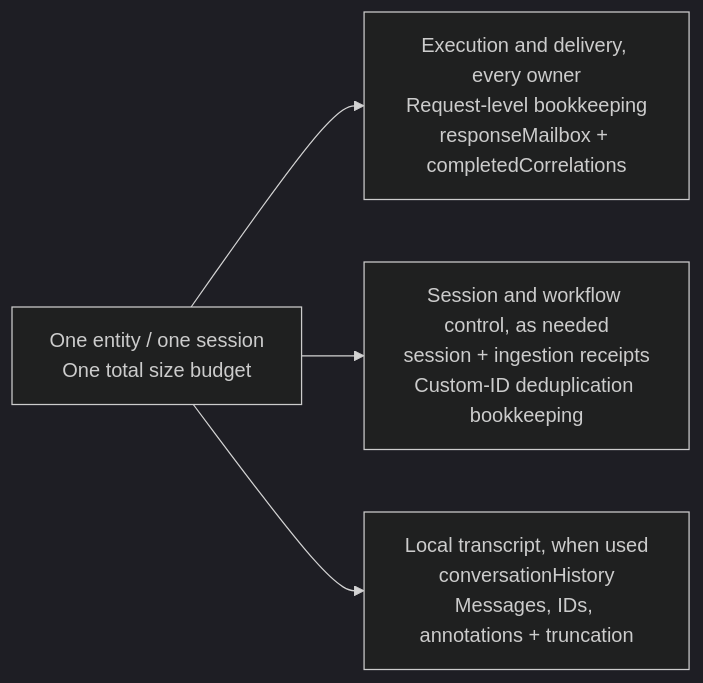
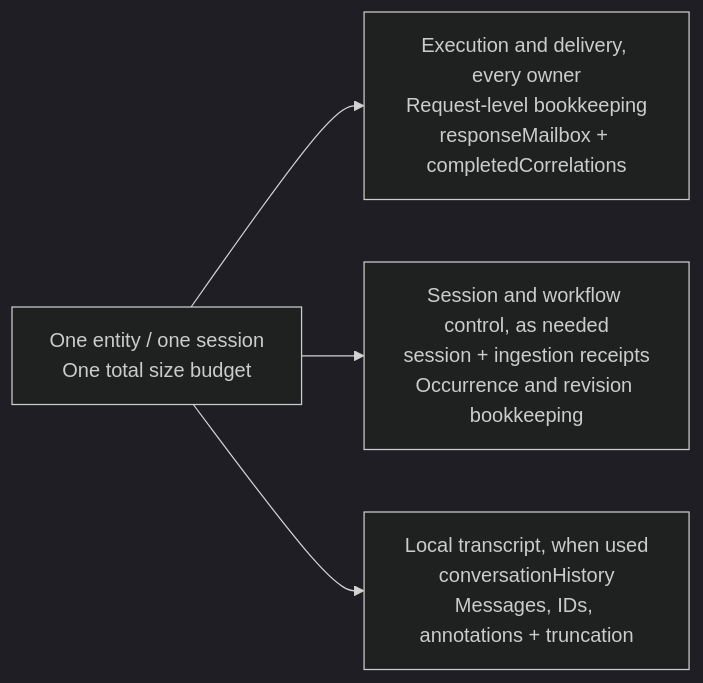
The second of 6 diagrams in docs/decisions/0032-durable-thread-compaction.md (microsoft/agent-framework-durable-extension), drawn with Mermaid (dark theme) before and after one commit. The commit also changed other lines of this file, not shown here.

````diff
--- a/docs/decisions/0032-durable-thread-compaction.md
+++ b/docs/decisions/0032-durable-thread-compaction.md
@@ -166,7 +196,7 @@
 ```mermaid
 flowchart LR
   ENTITY["One entity / one session<br/>One total size budget"]
   ENTITY --> EXEC["Execution and delivery, every owner<br/>Request-level bookkeeping<br/>responseMailbox + completedCorrelations"]
-  ENTITY --> CONTROL["Session and workflow control, as needed<br/>session + ingestion receipts<br/>Custom-ID deduplication bookkeeping"]
+  ENTITY --> CONTROL["Session and workflow control, as needed<br/>session + ingestion receipts<br/>Occurrence and revision bookkeeping"]
   ENTITY --> HISTORY["Local transcript, when used<br/>conversationHistory<br/>Messages, IDs, annotations + truncation"]
 ```
````
